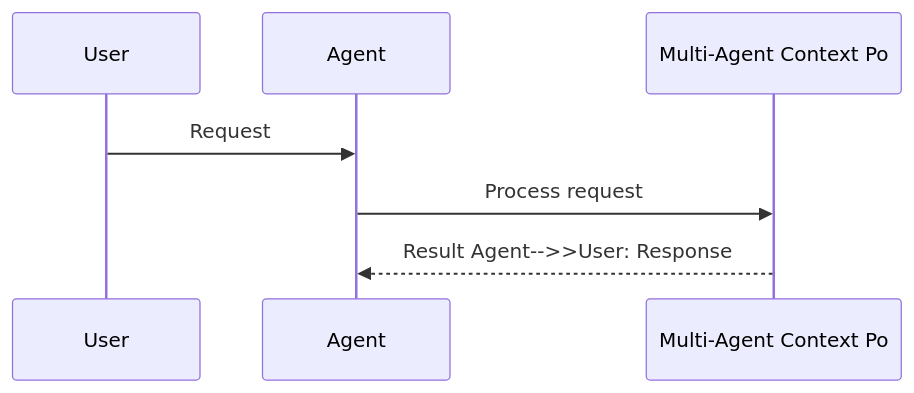
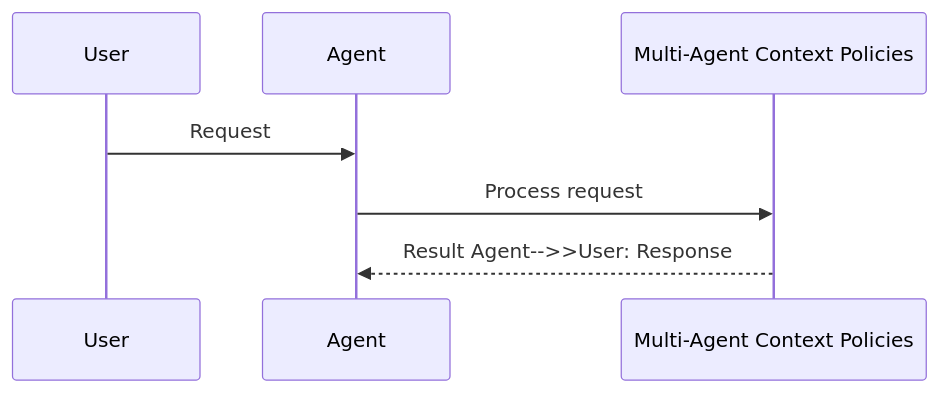
One commit to MervinPraison/PraisonAIDocs changed the second of 3 diagrams in docs/features/context-multi-agent-policies.mdx. Above: the diagram before and after it, drawn with Mermaid. The commit also changed 45 other files, not shown here.

First line of the commit message:
docs: fix truncated Mermaid diagram feature names (22-char cutoff)

````diff
--- a/docs/features/context-multi-agent-policies.mdx
+++ b/docs/features/context-multi-agent-policies.mdx
@@ -41,10 +41,10 @@
 ```mermaid
 sequenceDiagram
     participant User
     participant Agent
-    participant Feature as Multi-Agent Context Po
+    participant Feature as Multi-Agent Context Policies
 
     User->>Agent: Request
     Agent->>Feature: Process request
     Feature-->>Agent: Result    Agent-->>User: Response
 ```
````
